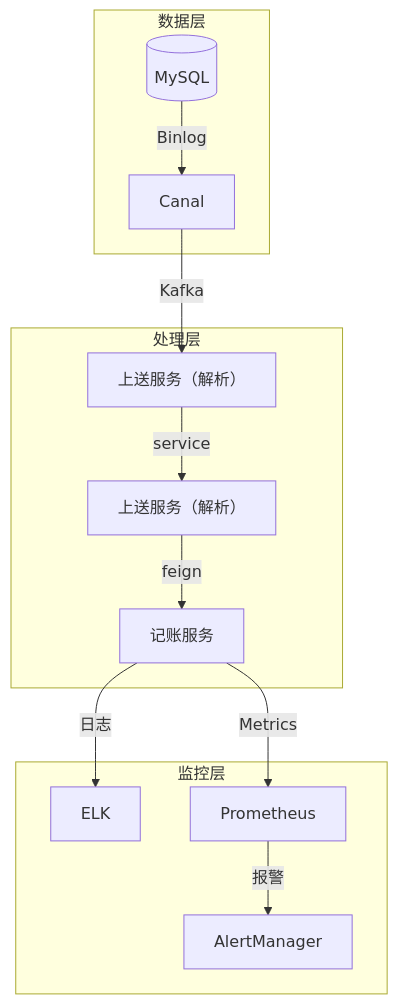
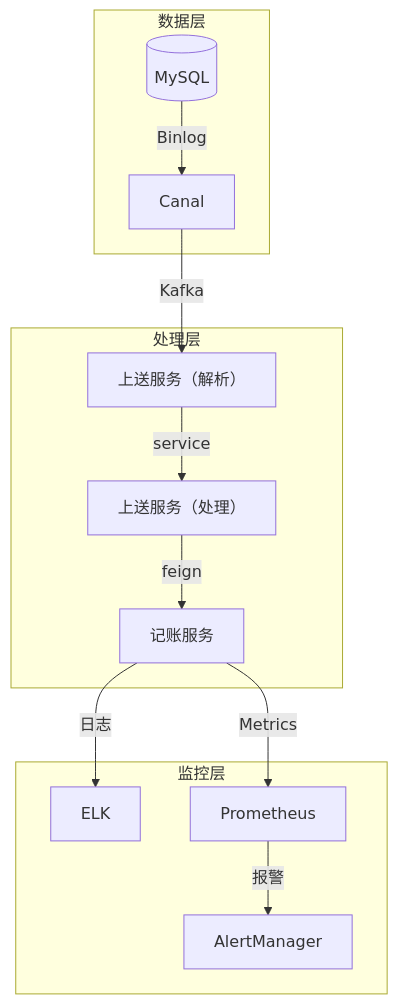
Before and after one commit to 87828943/iodraw-files: the diagram in all/未命名-1.md, drawn with Mermaid.

Commit message:
2025-07-01 19:51:58 update

````diff
--- a/all/未命名-1.md
+++ b/all/未命名-1.md
@@ -1,16 +1,16 @@
 ```mermaid
 graph TB
     subgraph 数据层
         DB[(MySQL)] -->|Binlog| Canal
     end
     subgraph 处理层
         Canal -->|Kafka| Parser[上送服务（解析）]
-        Parser -->|service| Engine[上送服务（解析）]
+        Parser -->|service| Engine[上送服务（处理）]
         Engine -->|feign| Accounting[记账服务]
     end
     subgraph 监控层
         Accounting -->|日志| ELK
         Accounting -->|Metrics| Prometheus
         Prometheus -->|报警| AlertManager
     end
 ```
````
